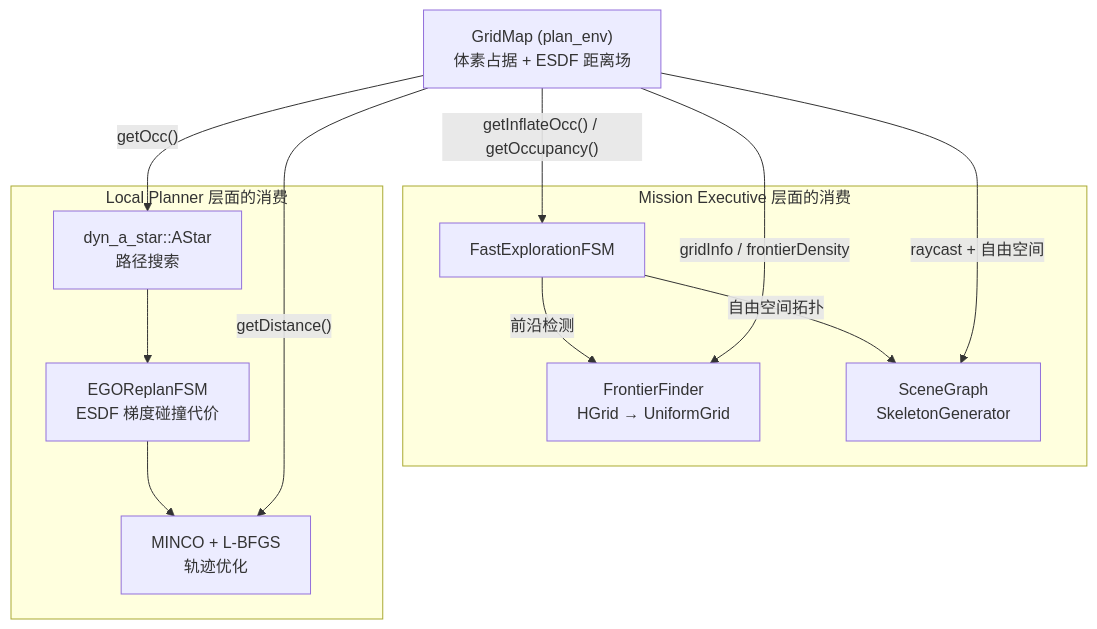
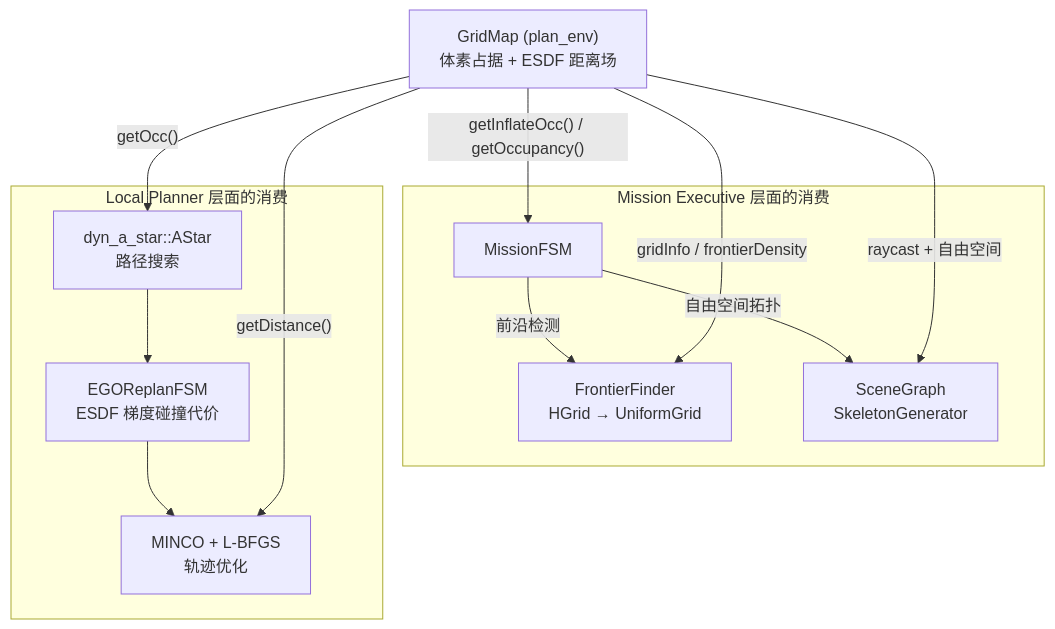
The diagram in docs/DATA_FLOW.md (WarriorHanamy/uss-nav), drawn with Mermaid before and after one commit. The commit also changed other lines of this file and 16 other files, not shown here.

First line of the commit message:
refactor: Rename FastExplorationFSM to MissionFSM and remove GoalSet

````diff
--- a/docs/DATA_FLOW.md
+++ b/docs/DATA_FLOW.md
@@ -130,26 +130,26 @@
 ```mermaid
 graph TB
     MAP["GridMap (plan_env)<br/>体素占据 + ESDF 距离场"]
 
     subgraph "Mission Executive 层面的消费"
-        FSM["FastExplorationFSM"]
+        FSM["MissionFSM"]
         FRONTIER["FrontierFinder<br/>HGrid → UniformGrid"]
         SG["SceneGraph<br/>SkeletonGenerator"]
         FSM -->|"前沿检测"| FRONTIER
         FSM -->|"自由空间拓扑"| SG
     end
 
     subgraph "Local Planner 层面的消费"
         ASTR["dyn_a_star::AStar<br/>路径搜索"]
         EGO["EGOReplanFSM<br/>ESDF 梯度碰撞代价"]
         TRAJ["MINCO + L-BFGS<br/>轨迹优化"]
         ASTR --> EGO
         EGO --> TRAJ
     end
 
     MAP -->|"getOcc()"| ASTR
     MAP -->|"getDistance()"| TRAJ
     MAP -->|"getInflateOcc() / getOccupancy()"| FSM
     MAP -->|"raycast + 自由空间"| SG
     MAP -->|"gridInfo / frontierDensity"| FRONTIER
 ```
````
